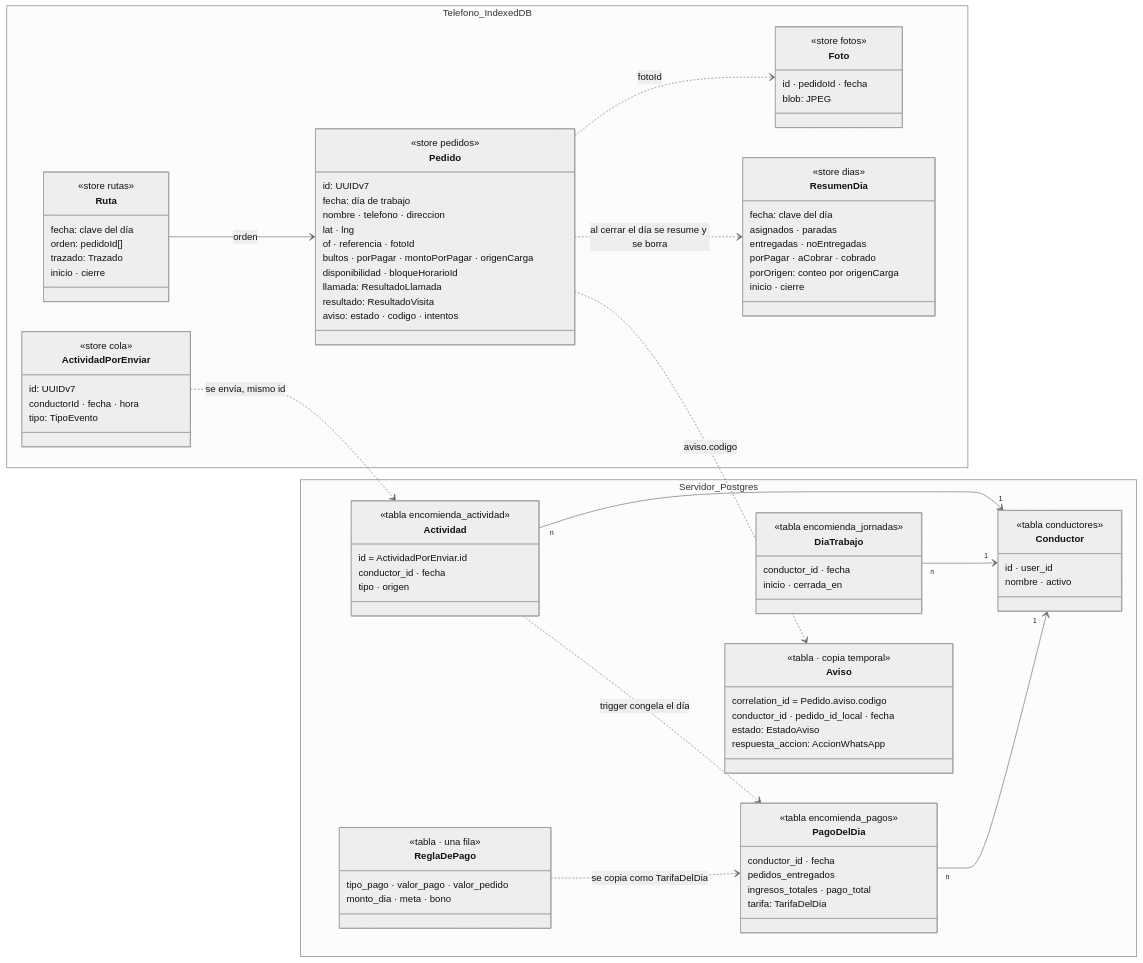
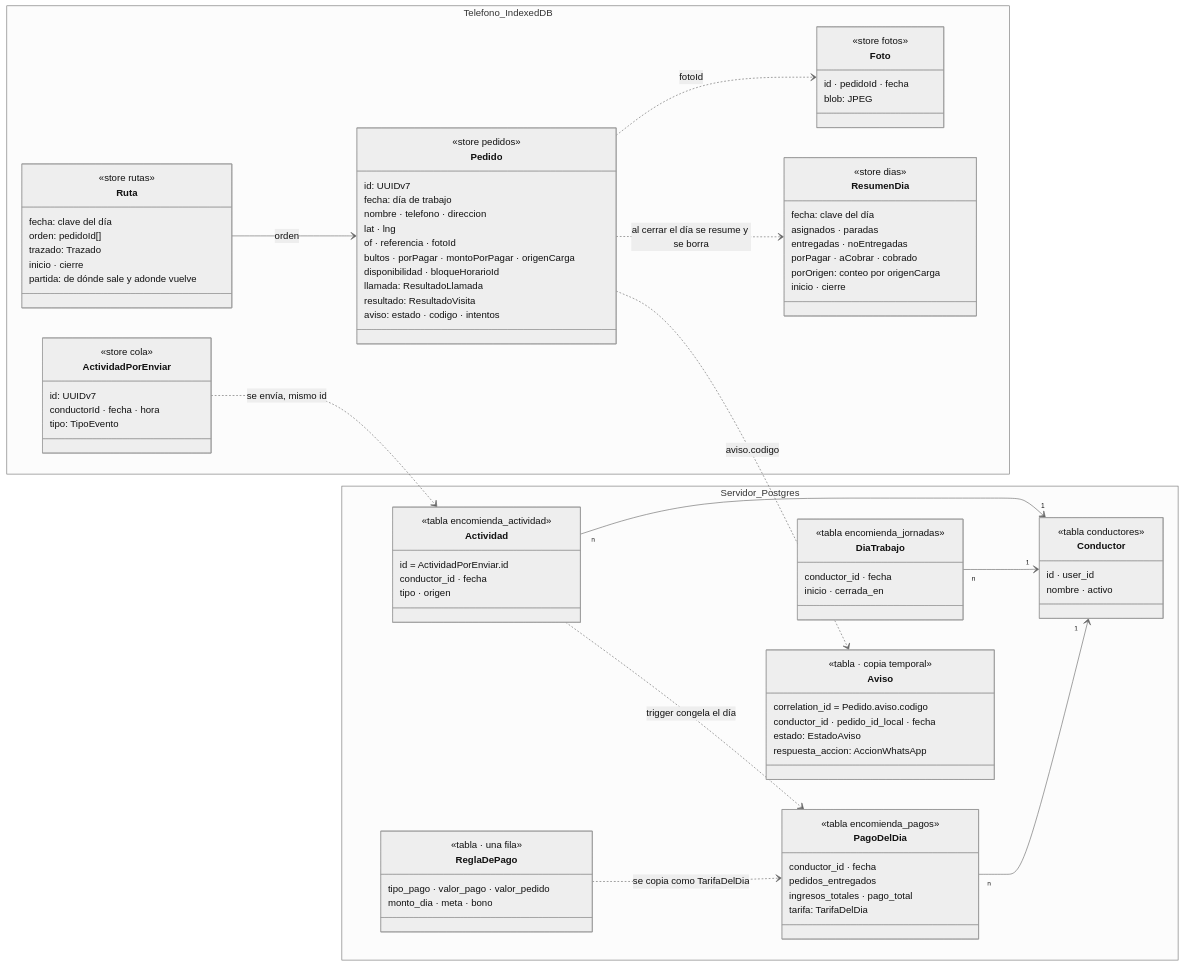
Before and after one commit to etianypr/ProyectoAres: the first of 3 diagrams in docs/CLASES.md, drawn with Mermaid (neutral theme). The commit also changed other lines of this file and 19 other files, not shown here.

```diff
--- a/docs/CLASES.md
+++ b/docs/CLASES.md
@@ -53,6 +53,7 @@
       orden: pedidoId[]
       trazado: Trazado
       inicio · cierre
+      partida: de dónde sale y adonde vuelve
     }
     class ActividadPorEnviar {
       <<store cola>>
```
